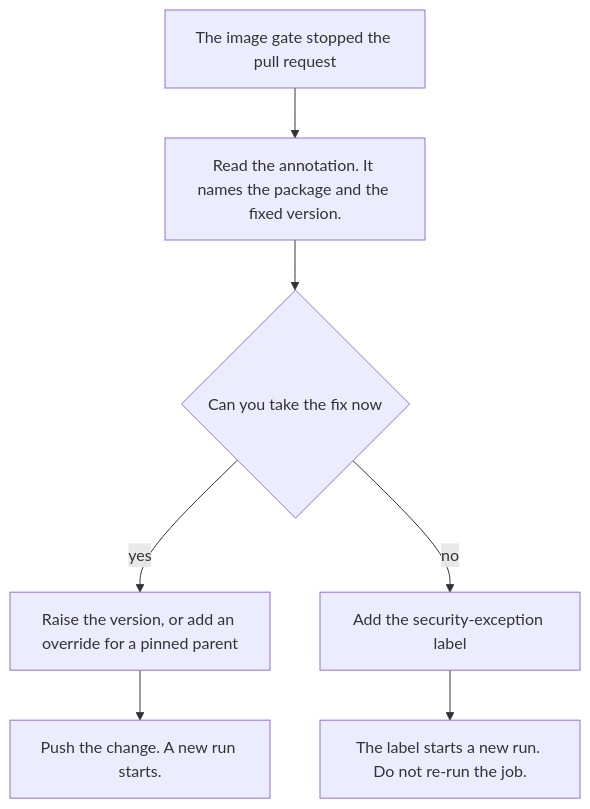
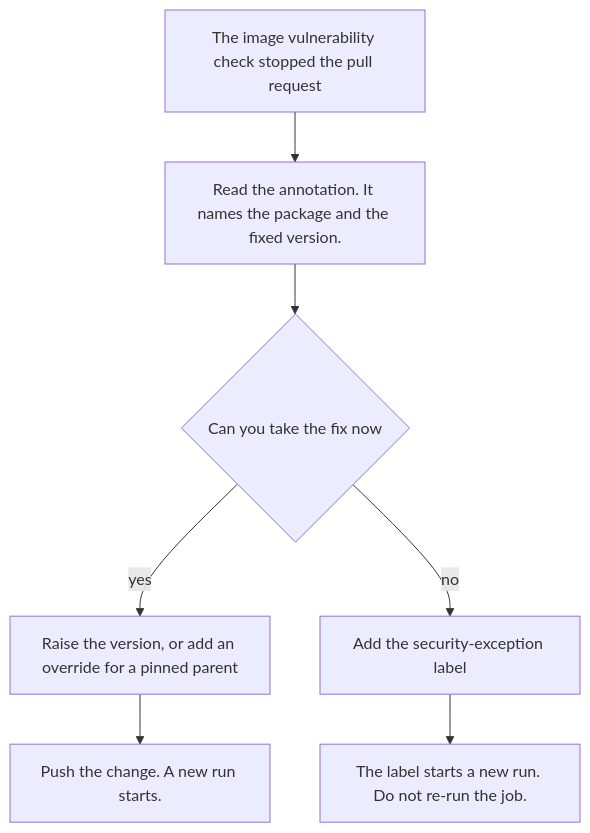
The third of 6 diagrams in SECURITY-PROCESS.md (Unique-AG/connectors), drawn with Mermaid before and after one commit. The commit also changed other lines of this file, not shown here.

First line of the commit message:
docs(main): disambiguate check/gate/GitHub Actions, add the severity threshold

````diff
--- a/SECURITY-PROCESS.md
+++ b/SECURITY-PROCESS.md
@@ -79,9 +93,9 @@
 ```mermaid
 flowchart TD
-  caught[The image gate stopped the pull request] --> read[Read the annotation. It names the package and the fixed version.]
+  caught[The image vulnerability check stopped the pull request] --> read[Read the annotation. It names the package and the fixed version.]
   read --> decide{Can you take the fix now}
   decide -->|yes| raise[Raise the version, or add an override for a pinned parent]
   decide -->|no| waive[Add the security-exception label]
   raise --> push[Push the change. A new run starts.]
   waive --> relabel[The label starts a new run. Do not re-run the job.]
 ```
````
